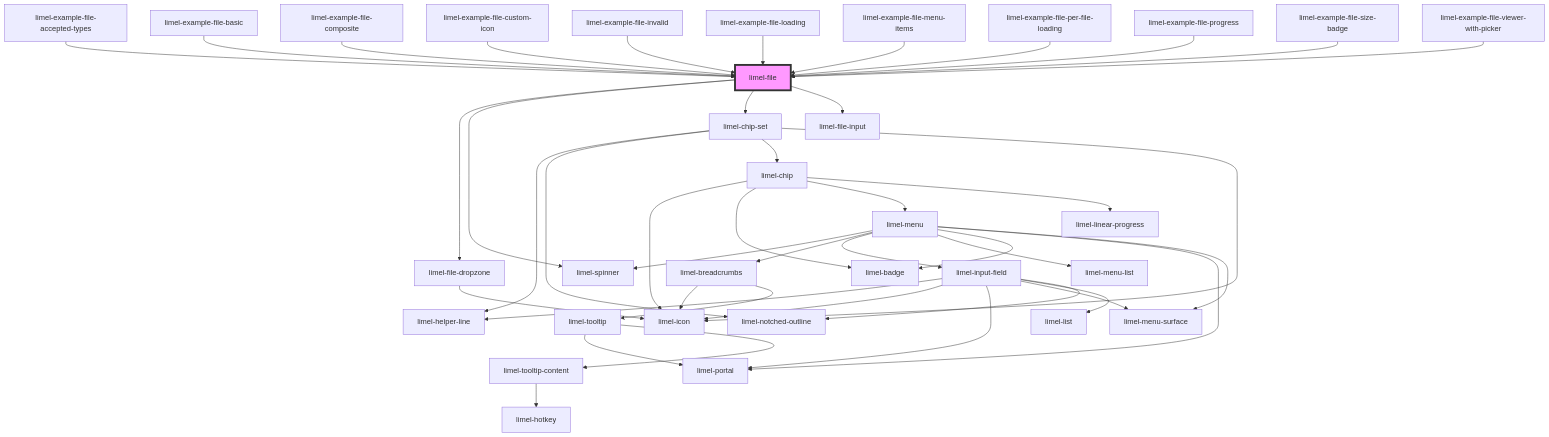
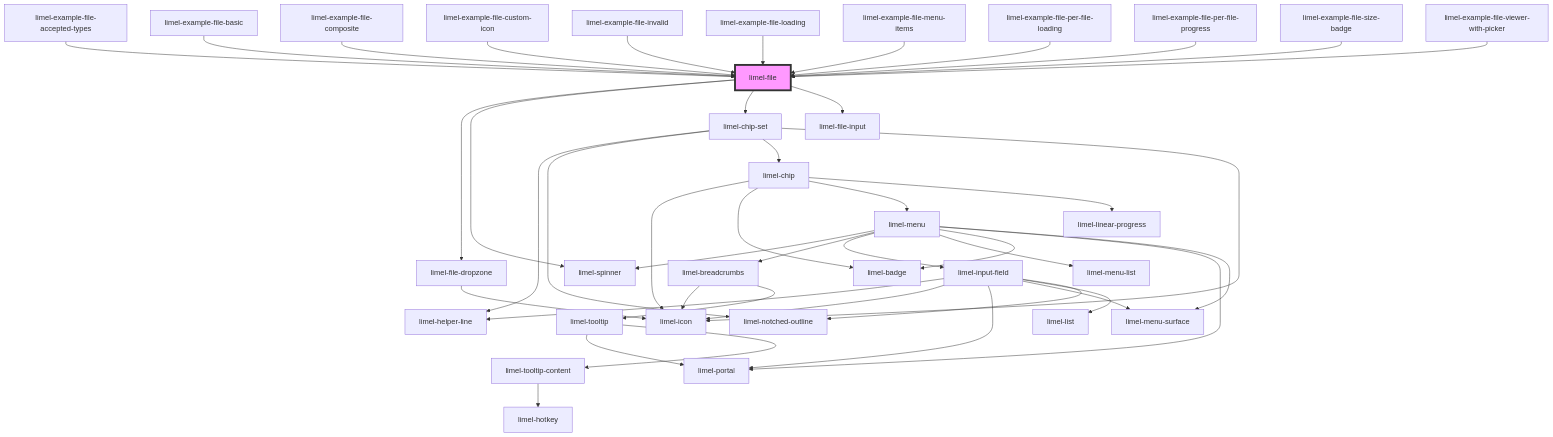
Before and after one commit to Lundalogik/lime-elements: the diagram in versions/PR-4154/markdown-docs/components/file/readme.md, drawn with Mermaid. The commit also changed other lines of this file and 10 other files, not shown here.

````diff
--- a/versions/PR-4154/markdown-docs/components/file/readme.md
+++ b/versions/PR-4154/markdown-docs/components/file/readme.md
@@ -83,46 +83,46 @@
 ```mermaid
 graph TD;
   limel-file --> limel-file-dropzone
   limel-file --> limel-spinner
   limel-file --> limel-chip-set
   limel-file --> limel-file-input
   limel-file-dropzone --> limel-icon
   limel-chip-set --> limel-helper-line
   limel-chip-set --> limel-notched-outline
   limel-chip-set --> limel-chip
   limel-chip-set --> limel-icon
   limel-chip --> limel-icon
   limel-chip --> limel-badge
   limel-chip --> limel-menu
   limel-chip --> limel-linear-progress
   limel-menu --> limel-spinner
   limel-menu --> limel-breadcrumbs
   limel-menu --> limel-input-field
   limel-menu --> limel-menu-list
   limel-menu --> limel-badge
   limel-menu --> limel-portal
   limel-menu --> limel-menu-surface
   limel-breadcrumbs --> limel-icon
   limel-breadcrumbs --> limel-tooltip
   limel-tooltip --> limel-portal
   limel-tooltip --> limel-tooltip-content
   limel-tooltip-content --> limel-hotkey
   limel-input-field --> limel-helper-line
   limel-input-field --> limel-icon
   limel-input-field --> limel-portal
   limel-input-field --> limel-menu-surface
   limel-input-field --> limel-list
   limel-input-field --> limel-notched-outline
   limel-example-file-accepted-types --> limel-file
   limel-example-file-basic --> limel-file
   limel-example-file-composite --> limel-file
   limel-example-file-custom-icon --> limel-file
   limel-example-file-invalid --> limel-file
   limel-example-file-loading --> limel-file
   limel-example-file-menu-items --> limel-file
   limel-example-file-per-file-loading --> limel-file
-  limel-example-file-progress --> limel-file
+  limel-example-file-per-file-progress --> limel-file
   limel-example-file-size-badge --> limel-file
   limel-example-file-viewer-with-picker --> limel-file
   style limel-file fill:#f9f,stroke:#333,stroke-width:4px
 ```
````
